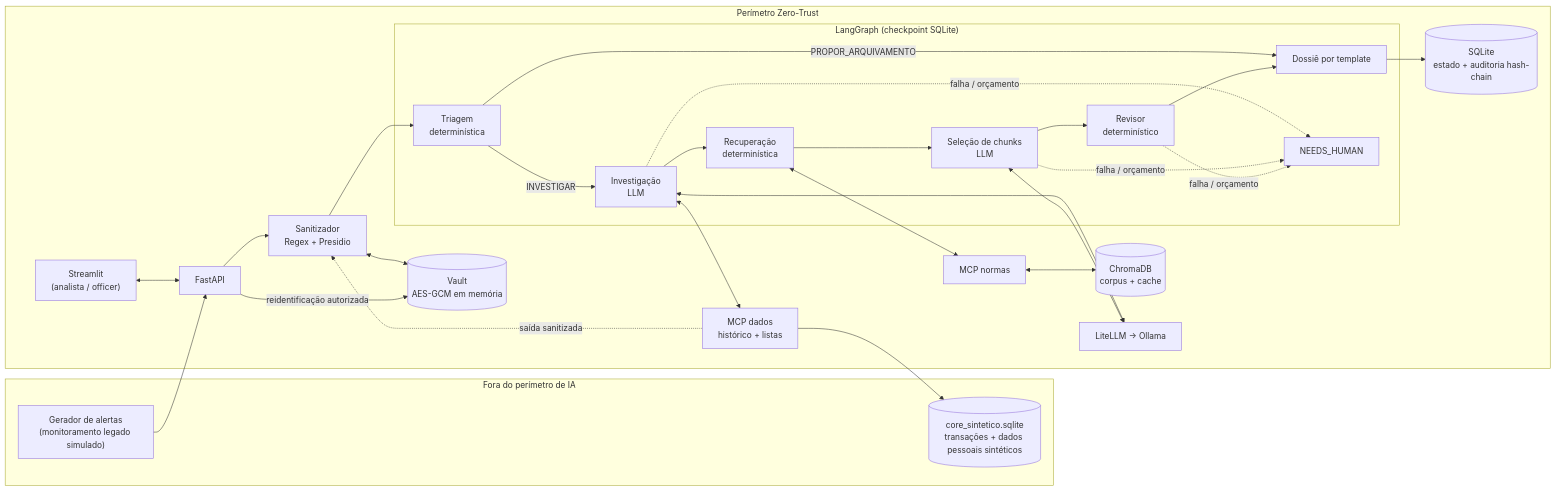
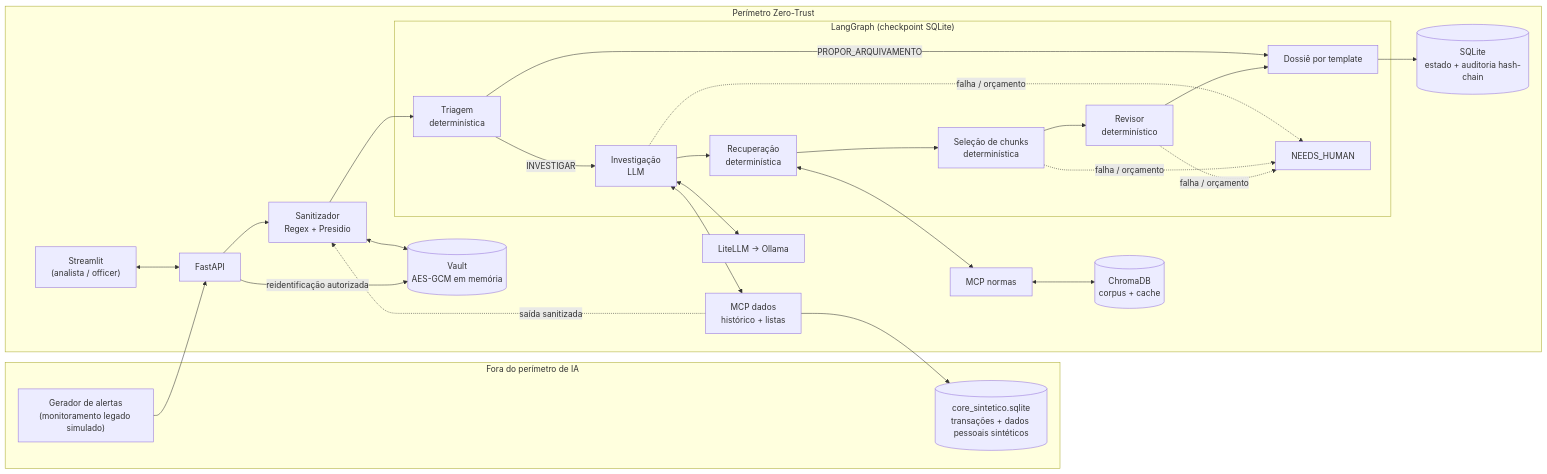
Before and after one commit to marcosjcn94-bit/agentic-AML: the diagram in SPEC.md, drawn with Mermaid. The commit also changed other lines of this file and 6 other files, not shown here.

First line of the commit message:
feat: reorçamento de latência com seleção determinística e investigação 1,5B (ADR-013)

````diff
--- a/SPEC.md
+++ b/SPEC.md
@@ -301,45 +315,45 @@
 ```mermaid
 flowchart LR
   subgraph EXT["Fora do perímetro de IA"]
     CORE[("core_sintetico.sqlite<br/>transações + dados pessoais sintéticos")]
     SRC["Gerador de alertas<br/>(monitoramento legado simulado)"]
   end
 
   subgraph PER["Perímetro Zero-Trust"]
     API["FastAPI"]
     UI["Streamlit<br/>(analista / officer)"]
     SAN["Sanitizador<br/>Regex + Presidio"]
     VAULT[("Vault<br/>AES-GCM em memória")]
     MCPD["MCP dados<br/>histórico + listas"]
 
     subgraph G["LangGraph (checkpoint SQLite)"]
       TRI["Triagem<br/>determinística"]
       INV["Investigação<br/>LLM"]
       RET["Recuperação<br/>determinística"]
-      SEL["Seleção de chunks<br/>LLM"]
+      SEL["Seleção de chunks<br/>determinística"]
       REV["Revisor<br/>determinístico"]
       DOS["Dossiê por template"]
       HUM["NEEDS_HUMAN"]
     end
 
     MCPN["MCP normas"]
     CHR[("ChromaDB<br/>corpus + cache")]
     LLM["LiteLLM → Ollama"]
     AUD[("SQLite<br/>estado + auditoria hash-chain")]
   end
 
   SRC --> API --> SAN --> TRI
   SAN <--> VAULT
   TRI -- PROPOR_ARQUIVAMENTO --> DOS
   TRI -- INVESTIGAR --> INV
   INV <--> MCPD
   MCPD --> CORE
   MCPD -. saída sanitizada .-> SAN
   INV --> RET --> SEL --> REV --> DOS
   RET <--> MCPN <--> CHR
-  INV & SEL <--> LLM
+  INV <--> LLM
   INV & SEL & REV -. falha / orçamento .-> HUM
   DOS --> AUD
   UI <--> API
   API -- reidentificação autorizada --> VAULT
 ```
````
